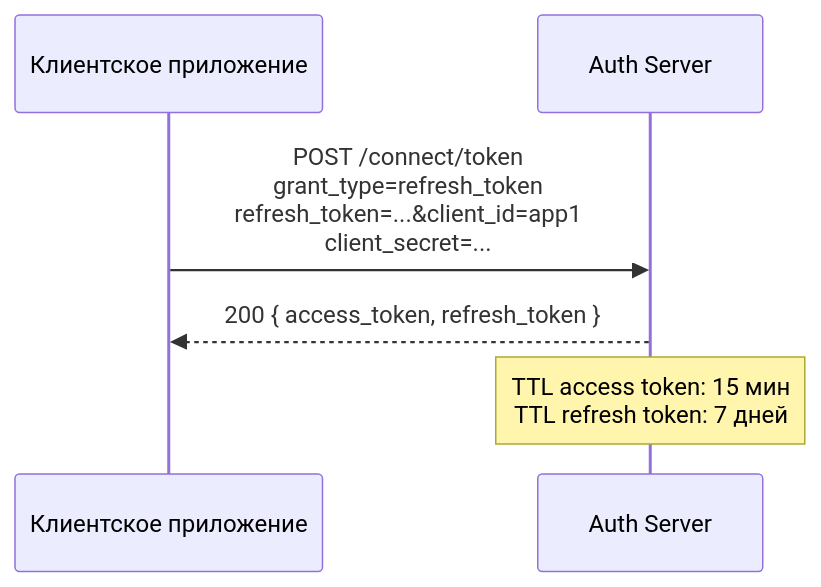
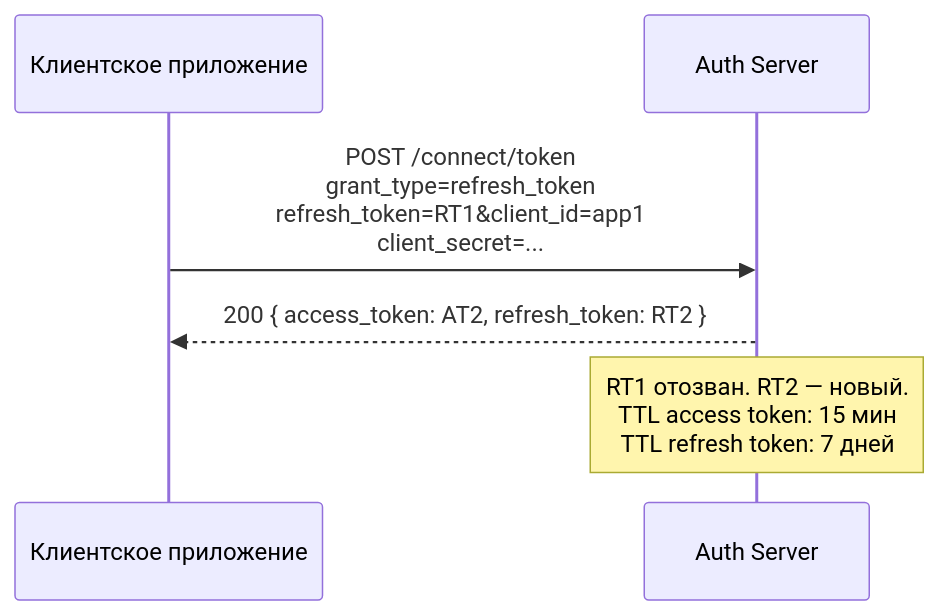
The ninth of 14 diagrams in docs/authentication-flows.md (talerok/auth-service-2), drawn with Mermaid before and after one commit. The commit also changed other lines of this file and 4 other files, not shown here.

````diff
--- a/docs/authentication-flows.md
+++ b/docs/authentication-flows.md
@@ -240,10 +255,10 @@
 ```mermaid
 sequenceDiagram
     participant C as Клиентское приложение
     participant A as Auth Server
 
-    C->>A: POST /connect/token<br/>grant_type=refresh_token<br/>refresh_token=...&client_id=app1<br/>client_secret=...
-    A-->>C: 200 { access_token, refresh_token }
+    C->>A: POST /connect/token<br/>grant_type=refresh_token<br/>refresh_token=RT1&client_id=app1<br/>client_secret=...
+    A-->>C: 200 { access_token: AT2, refresh_token: RT2 }
 
-    Note over A: TTL access token: 15 мин<br/>TTL refresh token: 7 дней
+    Note over A: RT1 отозван. RT2 — новый.<br/>TTL access token: 15 мин<br/>TTL refresh token: 7 дней
 ```
````
